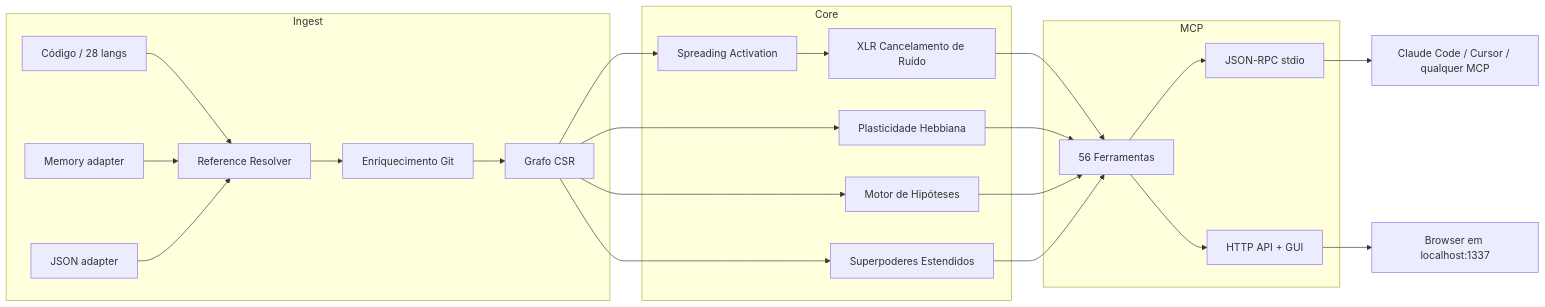
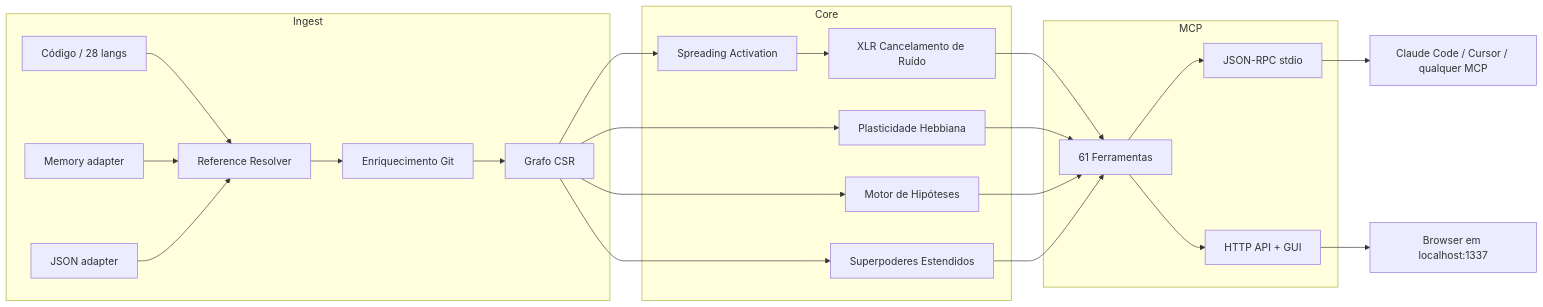
The diagram in README.pt-br.md (M1nd-Intelligence/m1nd), drawn with Mermaid before and after one commit. The commit also changed other lines of this file and 51 other files, not shown here.

````diff
--- a/README.pt-br.md
+++ b/README.pt-br.md
@@ -297,27 +299,27 @@
 ```mermaid
 graph LR
     subgraph Ingest
         A[Código / 28 langs] --> R[Reference Resolver]
         MA[Memory adapter] --> R
         JA[JSON adapter] --> R
         R --> GD[Enriquecimento Git]
         GD --> G[Grafo CSR]
     end
     subgraph Core
         G --> SA[Spreading Activation]
         G --> HP[Plasticidade Hebbiana]
         G --> HY[Motor de Hipóteses]
         G --> SX[Superpoderes Estendidos]
         SA --> XLR[XLR Cancelamento de Ruído]
     end
     subgraph MCP
-        XLR --> T[56 Ferramentas]
+        XLR --> T[61 Ferramentas]
         HP --> T
         HY --> T
         SX --> T
         T --> IO[JSON-RPC stdio]
         T --> HTTP[HTTP API + GUI]
     end
     IO --> C[Claude Code / Cursor / qualquer MCP]
     HTTP --> B[Browser em localhost:1337]
 ```
````
